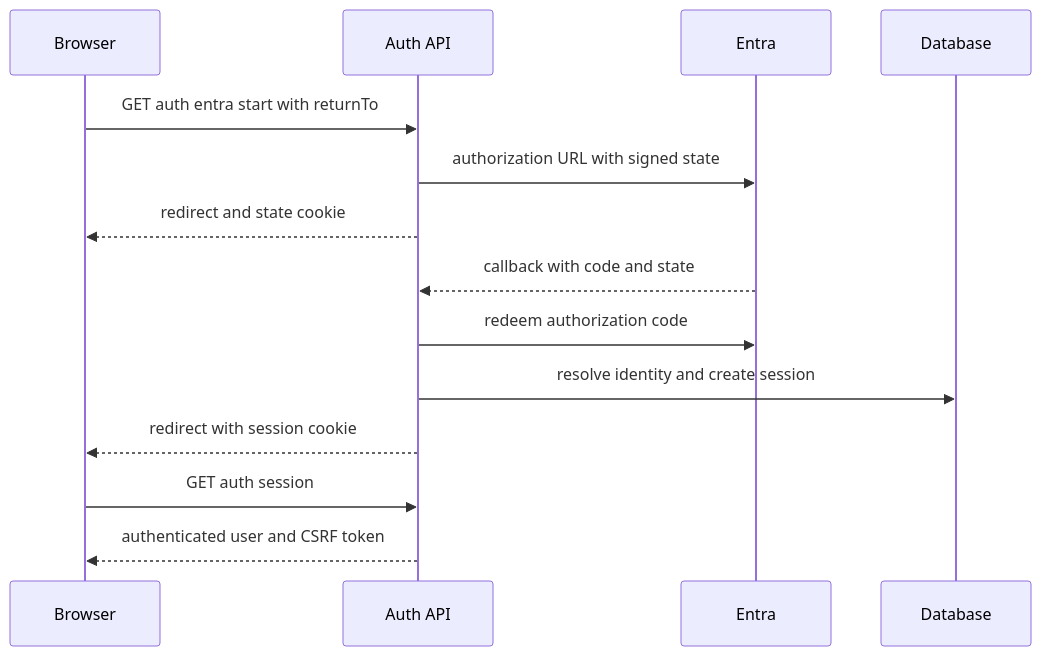
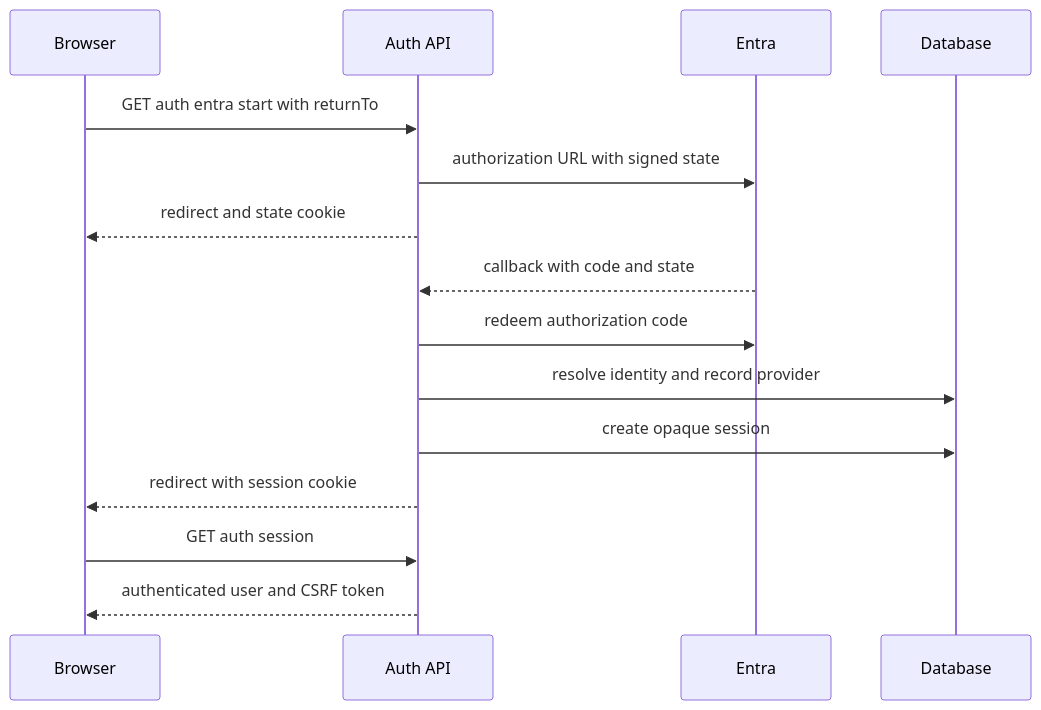
Before and after one commit to tony30552001/Genpic-master: the diagram in openwiki/backend/sessions.md, drawn with Mermaid. The commit also changed other lines of this file and 16 other files, not shown here.

First line of the commit message:
feat(admin): split user filter by identity provider and add keyword search

````diff
--- a/openwiki/backend/sessions.md
+++ b/openwiki/backend/sessions.md
@@ -22,16 +22,17 @@
 ```mermaid
 sequenceDiagram
   participant Browser
   participant AuthApi as Auth API
   participant Entra
   participant Database
   Browser->>AuthApi: GET auth entra start with returnTo
   AuthApi->>Entra: authorization URL with signed state
   AuthApi-->>Browser: redirect and state cookie
   Entra-->>AuthApi: callback with code and state
   AuthApi->>Entra: redeem authorization code
-  AuthApi->>Database: resolve identity and create session
+  AuthApi->>Database: resolve identity and record provider
+  AuthApi->>Database: create opaque session
   AuthApi-->>Browser: redirect with session cookie
   Browser->>AuthApi: GET auth session
   AuthApi-->>Browser: authenticated user and CSRF token
 ```
````
